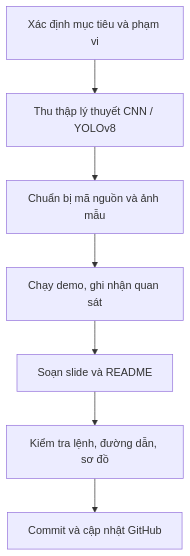
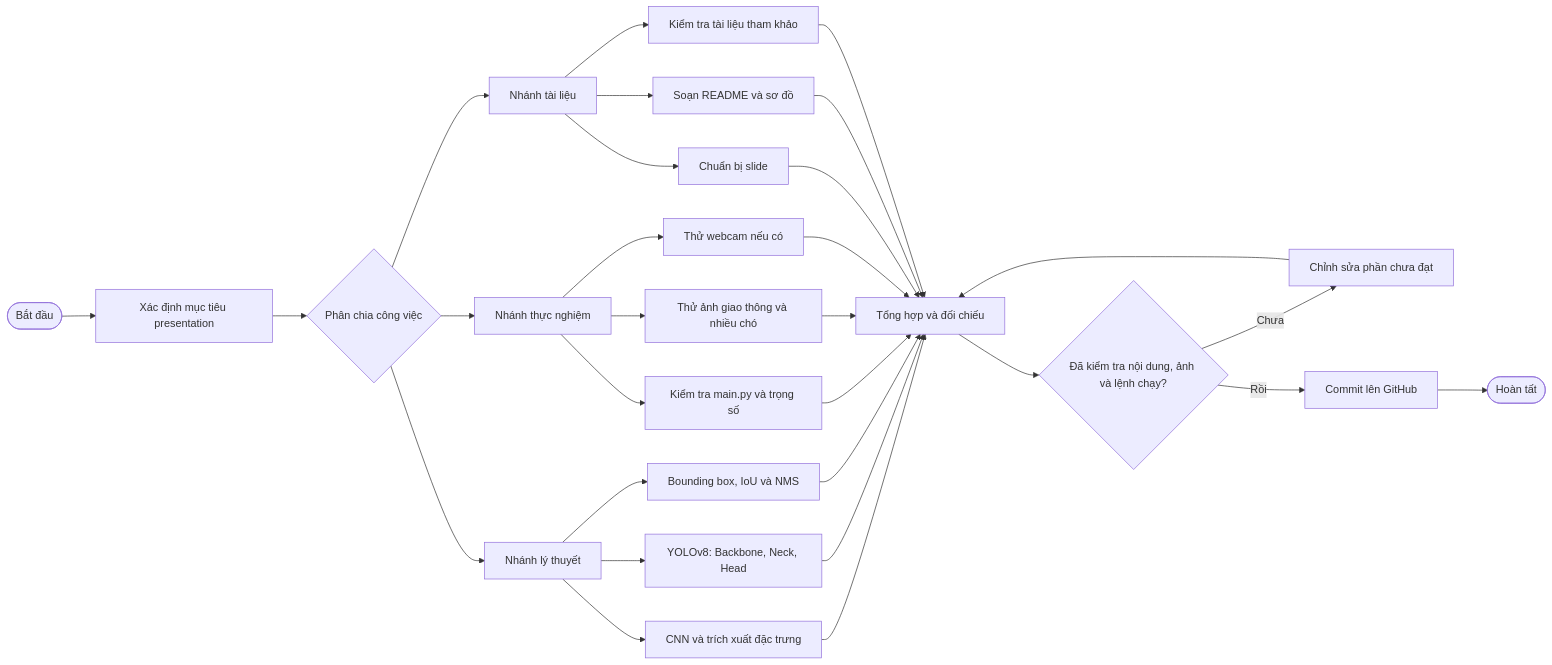
Before and after one commit to vovietduc/deep-learning-: the third of 3 diagrams in lab-work/README.md, drawn with Mermaid. The commit also changed other lines of this file, not shown here.

First line of the commit message:
Revise flowcharts for object detection and presentation

````diff
--- a/lab-work/README.md
+++ b/lab-work/README.md
@@ -109,9 +134,31 @@
 ```mermaid
-flowchart TD
-    A[Xác định mục tiêu và phạm vi] --> B[Thu thập lý thuyết CNN / YOLOv8]
-    B --> C[Chuẩn bị mã nguồn và ảnh mẫu]
-    C --> D[Chạy demo, ghi nhận quan sát]
-    D --> E[Soạn slide và README]
-    E --> F[Kiểm tra lệnh, đường dẫn, sơ đồ]
-    F --> G[Commit và cập nhật GitHub]
+flowchart LR
+    A([Bắt đầu]) --> B[Xác định mục tiêu presentation]
+    B --> C{Phân chia công việc}
+    C --> T[Nhánh lý thuyết]
+    C --> D[Nhánh thực nghiệm]
+    C --> R[Nhánh tài liệu]
+    T --> T1[CNN và trích xuất đặc trưng]
+    T --> T2[YOLOv8: Backbone, Neck, Head]
+    T --> T3[Bounding box, IoU và NMS]
+    D --> D1[Kiểm tra main.py và trọng số]
+    D --> D2[Thử ảnh giao thông và nhiều chó]
+    D --> D3[Thử webcam nếu có]
+    R --> R1[Chuẩn bị slide]
+    R --> R2[Soạn README và sơ đồ]
+    R --> R3[Kiểm tra tài liệu tham khảo]
+    T1 --> REVIEW[Tổng hợp và đối chiếu]
+    T2 --> REVIEW
+    T3 --> REVIEW
+    D1 --> REVIEW
+    D2 --> REVIEW
+    D3 --> REVIEW
+    R1 --> REVIEW
+    R2 --> REVIEW
+    R3 --> REVIEW
+    REVIEW --> CHECK{Đã kiểm tra nội dung, ảnh và lệnh chạy?}
+    CHECK -->|Chưa| FIX[Chỉnh sửa phần chưa đạt]
+    FIX --> REVIEW
+    CHECK -->|Rồi| COMMIT[Commit lên GitHub]
+    COMMIT --> END([Hoàn tất])
 ```
````
